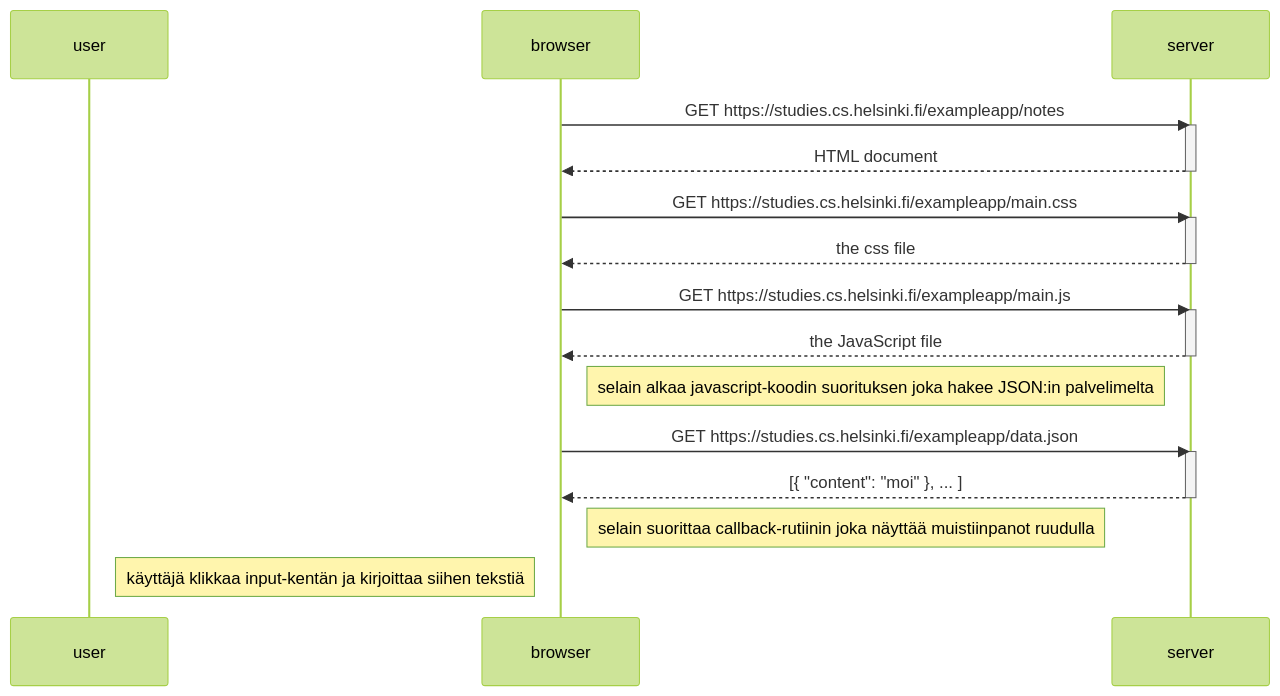
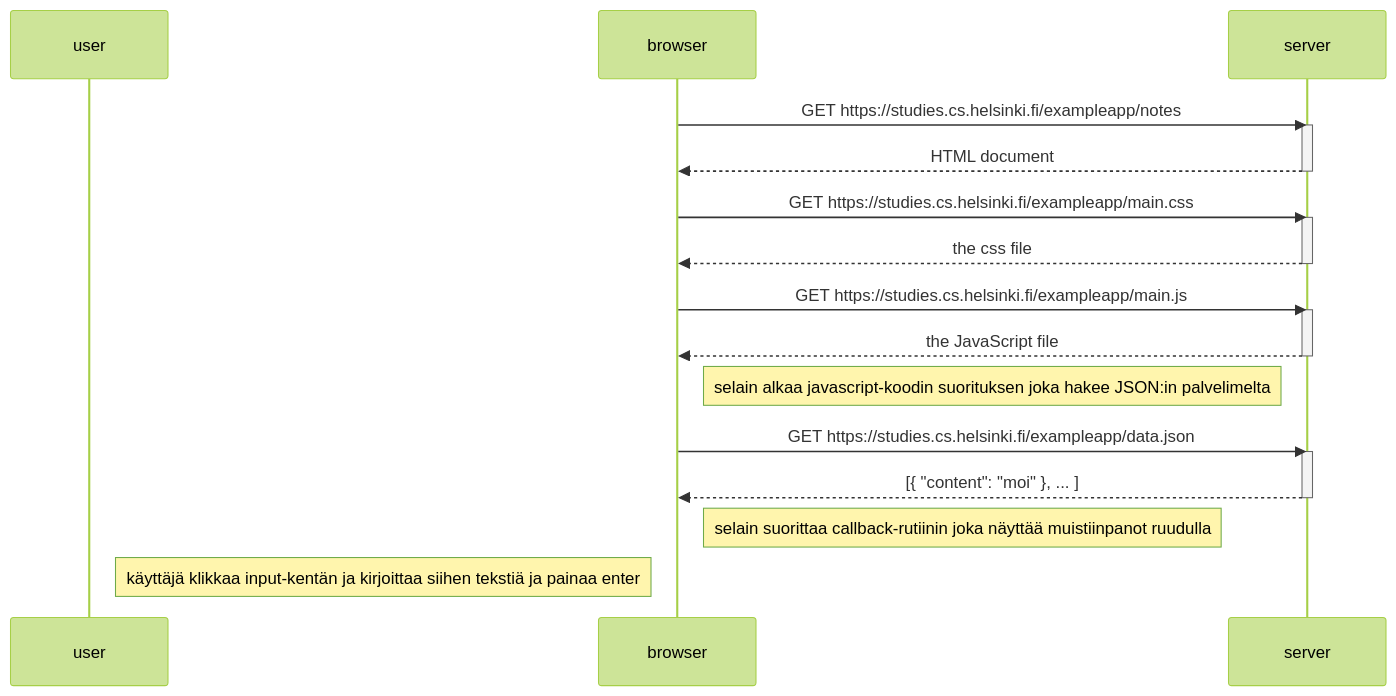
Before and after one commit to moocjsi/mooc-harj03: the diagram in mermaid-test6.md, drawn with Mermaid (forest theme).

````diff
--- a/mermaid-test6.md
+++ b/mermaid-test6.md
@@ -1,33 +1,33 @@
 ```mermaid
 sequenceDiagram
     participant user
     participant browser
     participant server
     
     browser->>server: GET https://studies.cs.helsinki.fi/exampleapp/notes
     activate server
     server-->>browser: HTML document
     deactivate server
 
     browser->>server: GET https://studies.cs.helsinki.fi/exampleapp/main.css
     activate server
     server-->>browser: the css file
     deactivate server
 
     browser->>server: GET https://studies.cs.helsinki.fi/exampleapp/main.js
     activate server
     server-->>browser: the JavaScript file
     deactivate server
 
     Note right of browser: selain alkaa  javascript-koodin suorituksen joka hakee JSON:in palvelimelta
 
     browser->>server: GET https://studies.cs.helsinki.fi/exampleapp/data.json
     activate server
     server-->>browser: [{ "content": "moi" }, ... ]
     deactivate server
 
     Note right of browser: selain suorittaa callback-rutiinin joka näyttää muistiinpanot ruudulla
 
-    Note right of user: käyttäjä klikkaa input-kentän ja kirjoittaa siihen tekstiä
+    Note right of user: käyttäjä klikkaa input-kentän ja kirjoittaa siihen tekstiä ja painaa enter
 
 ```
````
